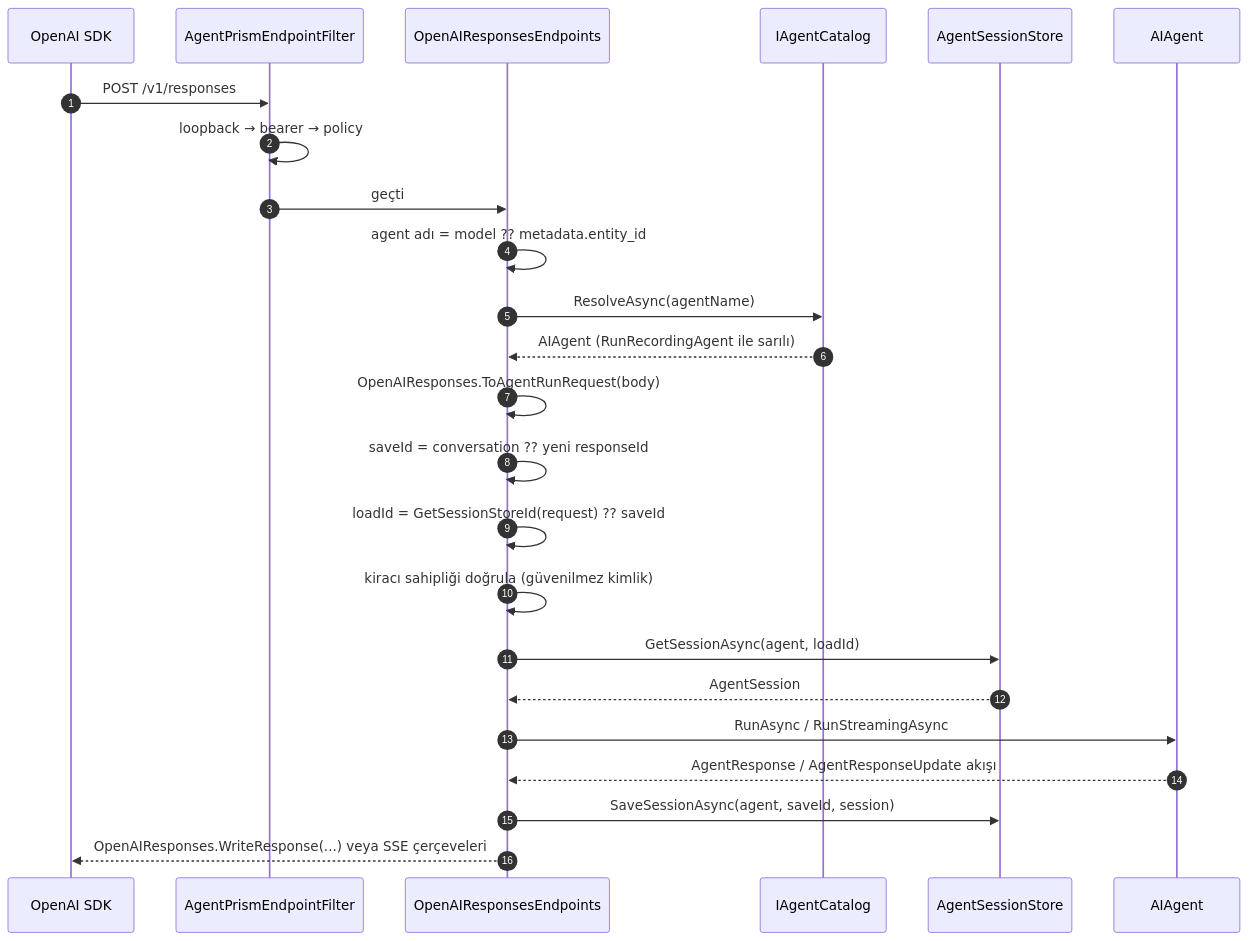
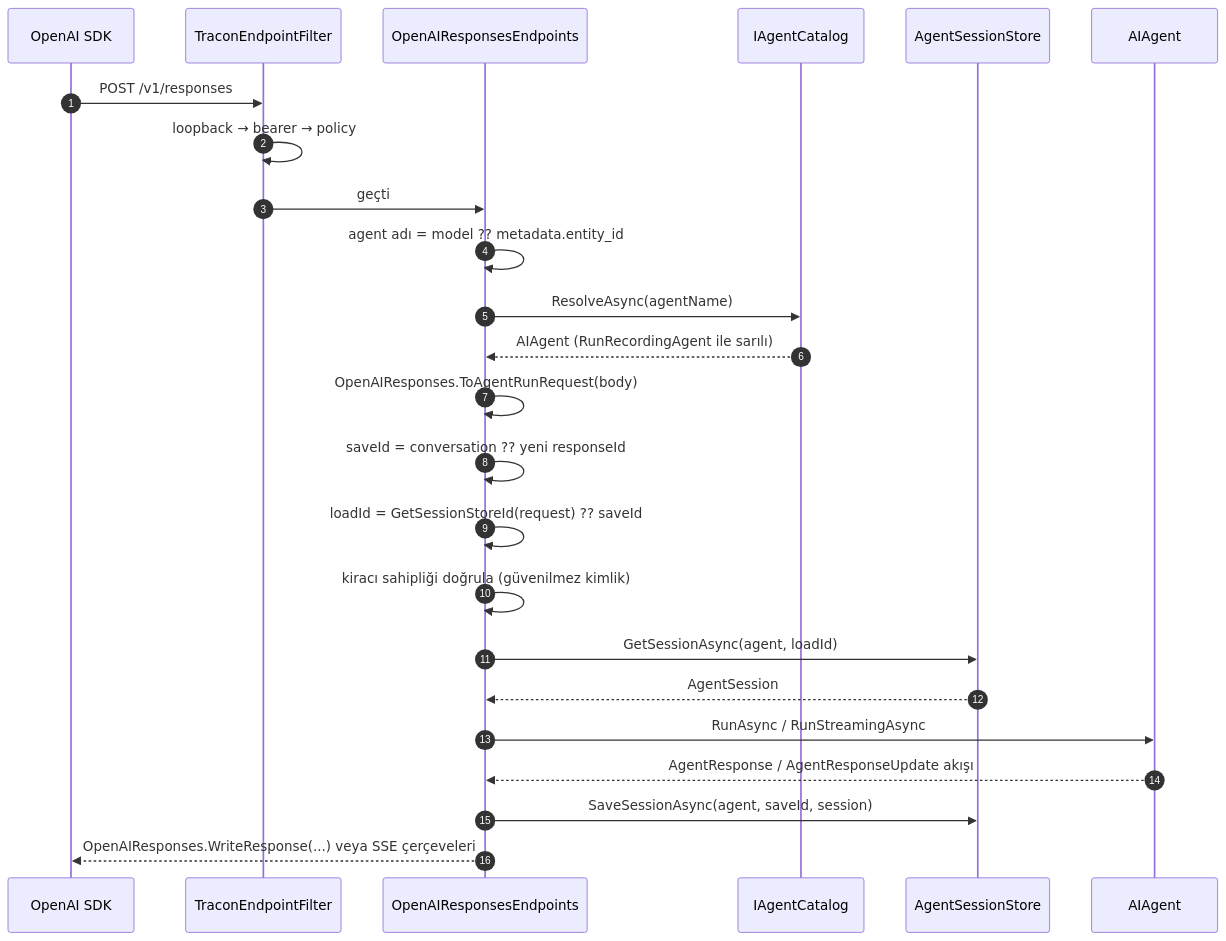
The first of 2 diagrams in docs/arsiv/fazlar/04-HTTP-API.md (farukatasoy/Tracon), drawn with Mermaid before and after one commit. The commit also changed other lines of this file and 4535 other files, not shown here.

````diff
--- a/docs/arsiv/fazlar/04-HTTP-API.md
+++ b/docs/arsiv/fazlar/04-HTTP-API.md
@@ -149,27 +149,27 @@
 ```mermaid
 sequenceDiagram
     autonumber
     participant SDK as OpenAI SDK
-    participant F as AgentPrismEndpointFilter
+    participant F as TraconEndpointFilter
     participant E as OpenAIResponsesEndpoints
     participant Cat as IAgentCatalog
     participant SS as AgentSessionStore
     participant A as AIAgent
 
     SDK->>F: POST /v1/responses
     F->>F: loopback → bearer → policy
     F->>E: geçti
     E->>E: agent adı = model ?? metadata.entity_id
     E->>Cat: ResolveAsync(agentName)
     Cat-->>E: AIAgent (RunRecordingAgent ile sarılı)
     E->>E: OpenAIResponses.ToAgentRunRequest(body)
     E->>E: saveId = conversation ?? yeni responseId
     E->>E: loadId = GetSessionStoreId(request) ?? saveId
     E->>E: kiracı sahipliği doğrula (güvenilmez kimlik)
     E->>SS: GetSessionAsync(agent, loadId)
     SS-->>E: AgentSession
     E->>A: RunAsync / RunStreamingAsync
     A-->>E: AgentResponse / AgentResponseUpdate akışı
     E->>SS: SaveSessionAsync(agent, saveId, session)
     E-->>SDK: OpenAIResponses.WriteResponse(...) veya SSE çerçeveleri
 ```
````
